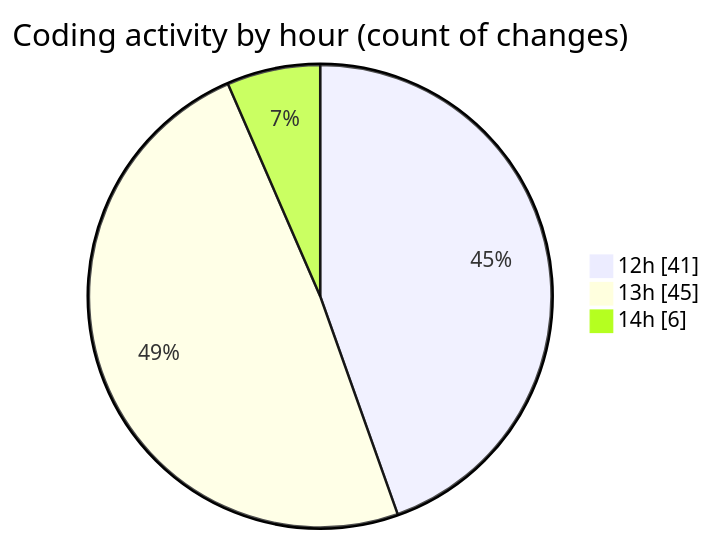
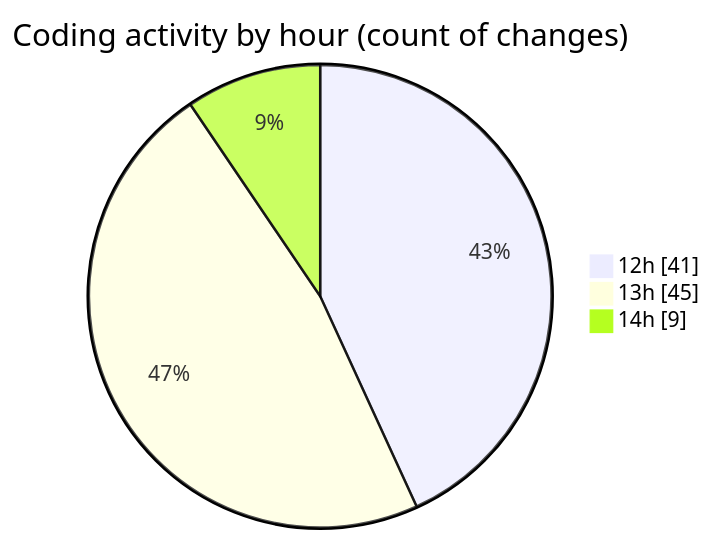
The second of 2 diagrams in 2025-12-02/cda/README.md (momahboobian/code-tracking), drawn with Mermaid before and after one commit. The commit also changed other lines of this file and 1 other file, not shown here.

````diff
--- a/2025-12-02/cda/README.md
+++ b/2025-12-02/cda/README.md
@@ -38,7 +38,7 @@
 ```mermaid
 pie showData
 title Coding activity by hour (count of changes)
 "12h" : 41
 "13h" : 45
-"14h" : 6
+"14h" : 9
 ```
````
